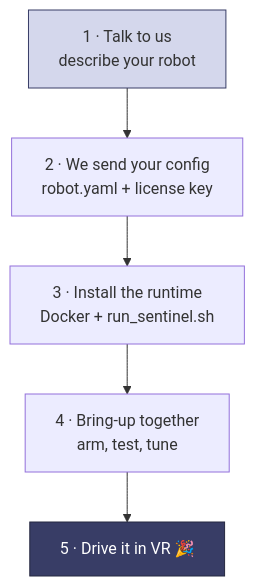
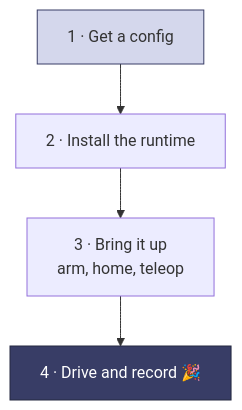
The diagram in quickstart.mdx (avearobotics/docs), drawn with Mermaid before and after one commit. The commit also changed other lines of this file and 2 other files, not shown here.

````diff
--- a/quickstart.mdx
+++ b/quickstart.mdx
@@ -8,10 +8,9 @@
 ```mermaid
 flowchart TD
-    A["1 · Talk to us<br/>describe your robot"] --> B["2 · We send your config<br/>robot.yaml + license key"]
-    B --> C["3 · Install the runtime<br/>Docker + run_sentinel.sh"]
-    C --> D["4 · Bring-up together<br/>arm, test, tune"]
-    D --> E["5 · Drive it in VR 🎉"]
+    A["1 · Get a config"] --> B["2 · Install the runtime"]
+    B --> C["3 · Bring it up<br/>arm, home, teleop"]
+    C --> D["4 · Drive and record 🎉"]
 
     style A fill:#d4d7ec,stroke:#383d66
-    style E fill:#383d66,color:#fff,stroke:#252840
+    style D fill:#383d66,color:#fff,stroke:#252840
 ```
````
